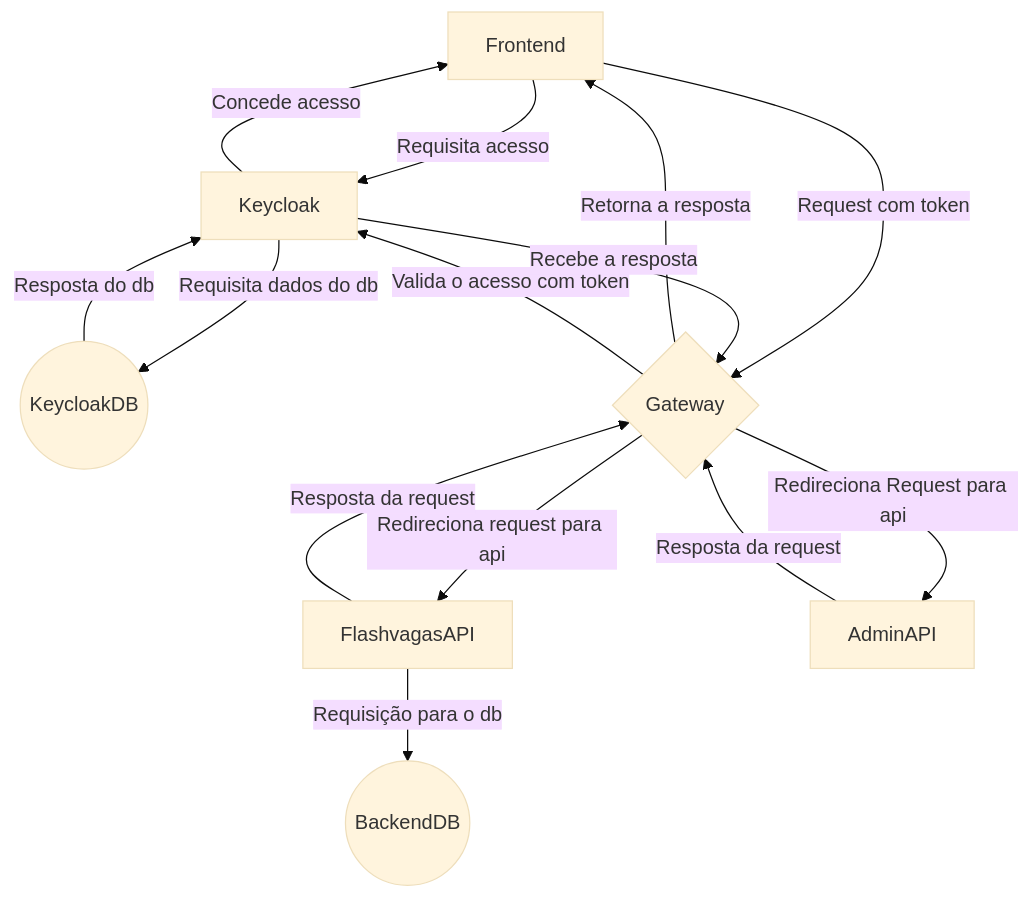
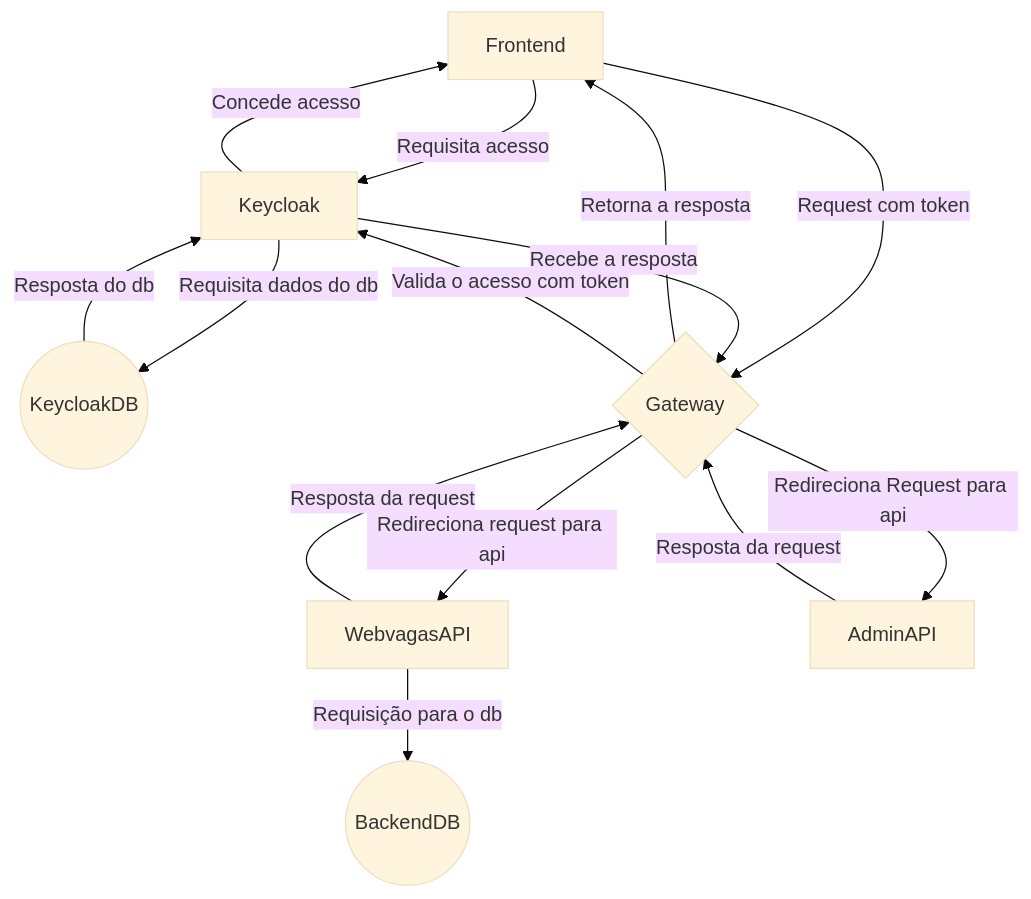
The first of 2 diagrams in doc/architecture.md (MarcoAntunes37/web-vagas), drawn with Mermaid (base theme) before and after one commit. The commit also changed other lines of this file and 469 other files, not shown here.

````diff
--- a/doc/architecture.md
+++ b/doc/architecture.md
@@ -12,16 +12,16 @@
 ```mermaid
   flowchart TD
       A[Frontend] -->|Requisita acesso|B
       B[Keycloak] -->|Concede acesso|A
       B -->|Requisita dados do db|C((KeycloakDB))
       C -->|Resposta do db|B
       A -->|Request com token|E{Gateway}
       E -->|Retorna a resposta|A
       E -->|Valida o acesso com token|B
       B -->|Recebe a resposta|E
-      E -->|Redireciona request para api|D[FlashvagasAPI]
+      E -->|Redireciona request para api|D[WebvagasAPI]
       D -->|Resposta da request|E
       D -->|Requisição para o db|F((BackendDB))
       E -->|Redireciona Request para api|G[AdminAPI]
       G -->|Resposta da request|E
 ```
````
